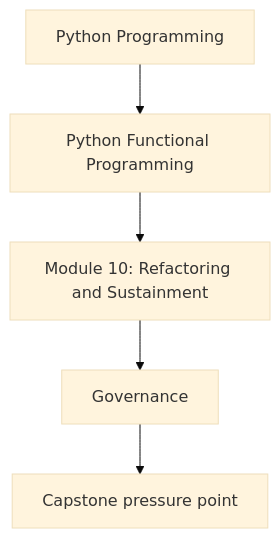
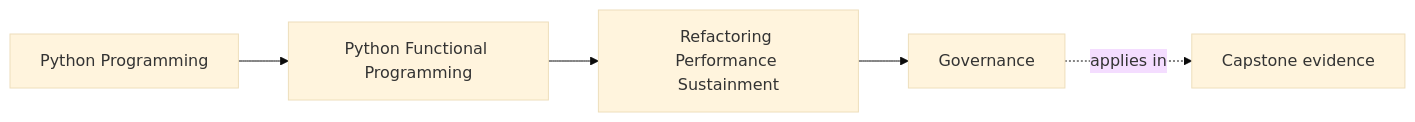
Before and after one commit to bijux/bijux-masterclass: the first of 2 diagrams in programs/python-programming/python-functional-programming/course-book/module-10-refactoring-performance-sustainment/governance.md, drawn with Mermaid (base theme). The commit also changed other lines of this file and 108 other files, not shown here.

Commit message:
docs(python-functional-programming): map capstone and advanced design surfaces

````diff
--- a/programs/python-programming/python-functional-programming/course-book/module-10-refactoring-performance-sustainment/governance.md
+++ b/programs/python-programming/python-functional-programming/course-book/module-10-refactoring-performance-sustainment/governance.md
@@ -7,7 +7,11 @@
 ```mermaid
-flowchart TD
-  family["Python Programming"] --> program["Python Functional Programming"]
-  program --> module["Module 10: Refactoring and Sustainment"]
-  module --> concept["Governance"]
-  concept --> capstone["Capstone pressure point"]
+graph LR
+  family["Python Programming"]
+  program["Python Functional Programming"]
+  section["Refactoring Performance Sustainment"]
+  page["Governance"]
+  capstone["Capstone evidence"]
+
+  family --> program --> section --> page
+  page -.applies in.-> capstone
 ```
````
